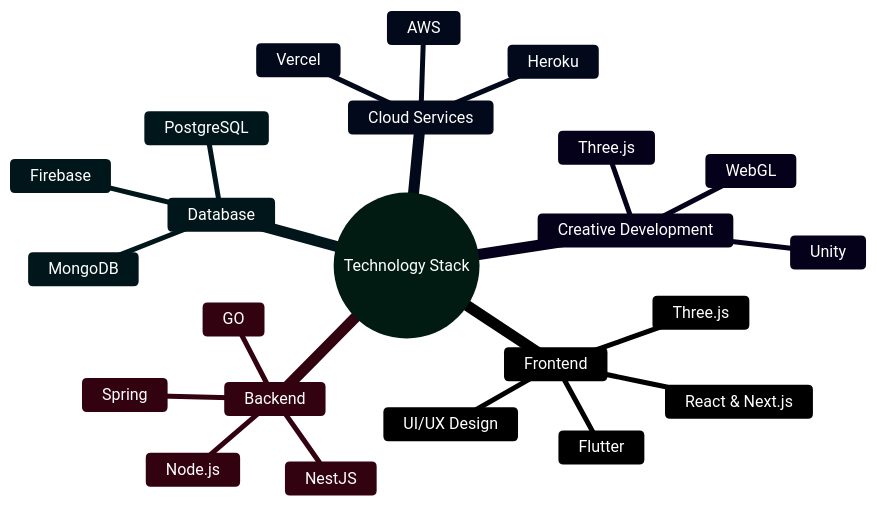
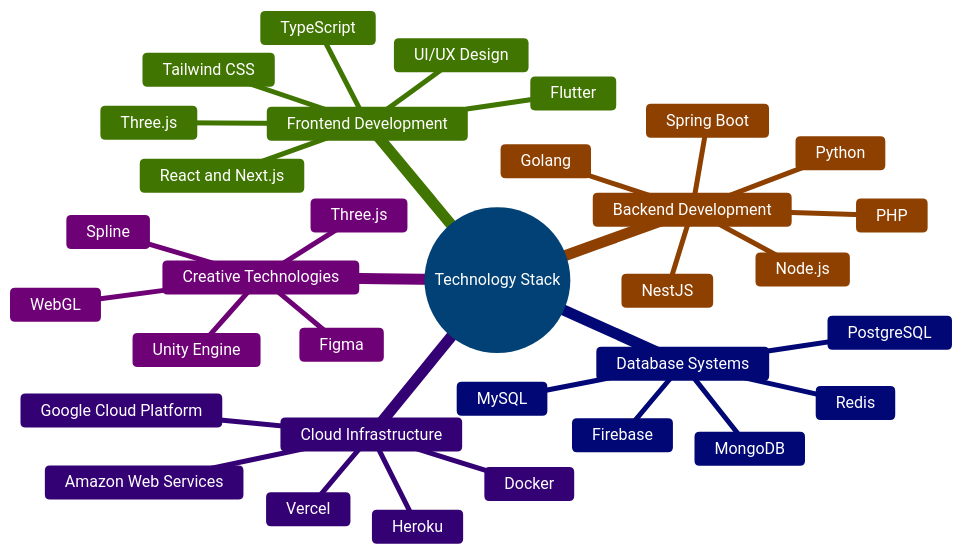
Before and after one commit to aminofabian/aminofabian-app: the diagram in README.md, drawn with Mermaid. The commit also changed other lines of this file, not shown here.

````diff
--- a/README.md
+++ b/README.md
@@ -46,27 +46,37 @@
 ```mermaid
-%%{init: {'theme': 'base', 'themeVariables': { 'primaryColor': '#059669', 'primaryTextColor': '#fff', 'primaryBorderColor': '#047857', 'lineColor': '#059669', 'secondaryColor': '#047857'}}}%%
+%%{init: {'theme': 'base', 'themeVariables': { 'primaryColor': '#0288f3', 'primaryTextColor': '#fff', 'primaryBorderColor': '#0288f3', 'lineColor': '#676a83'}}}%%
 mindmap
   root((Technology Stack))
-    Frontend
-      React & Next.js
+    Frontend Development
+      React and Next.js
       Three.js
       Flutter
       UI/UX Design
-    Backend
+      TypeScript
+      Tailwind CSS
+    Backend Development
       Node.js
       NestJS
-      GO
-      Spring
-    Database
+      Golang
+      Spring Boot
+      Python
+      PHP
+    Database Systems
       MongoDB
       PostgreSQL
       Firebase
-    Cloud Services
-      AWS
+      MySQL
+      Redis
+    Cloud Infrastructure
+      Amazon Web Services
+      Google Cloud Platform
       Heroku
       Vercel
-    Creative Development
+      Docker
+    Creative Technologies
       Three.js
-      Unity
+      Unity Engine
       WebGL
+      Spline
+      Figma
 ```
````
